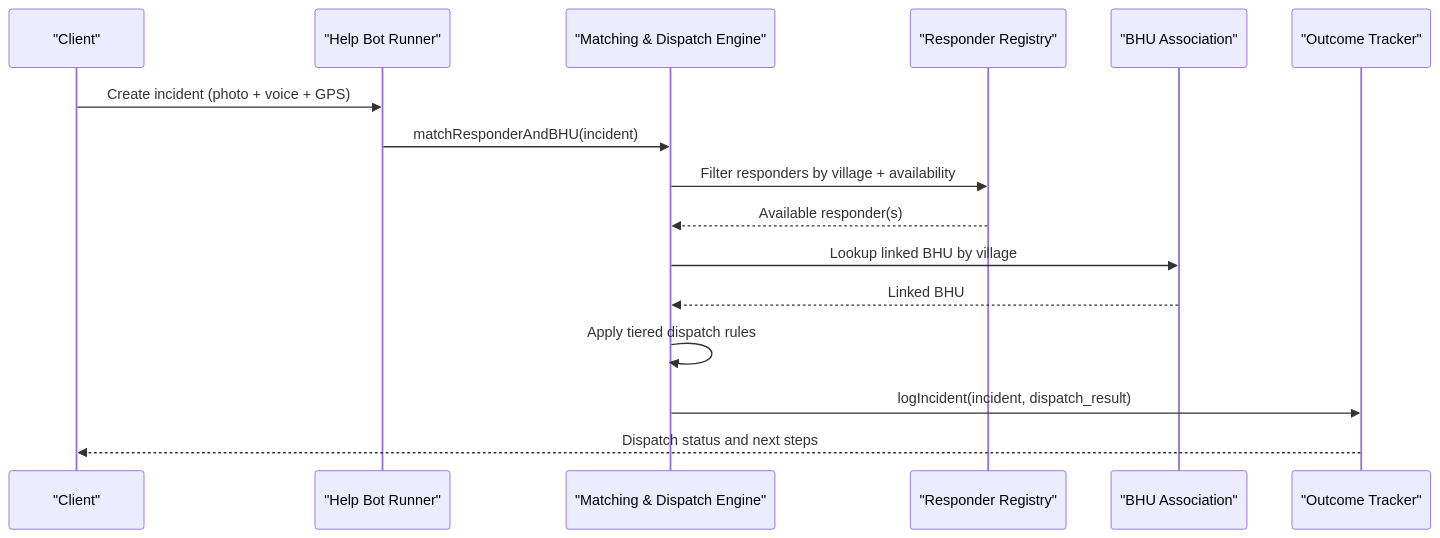
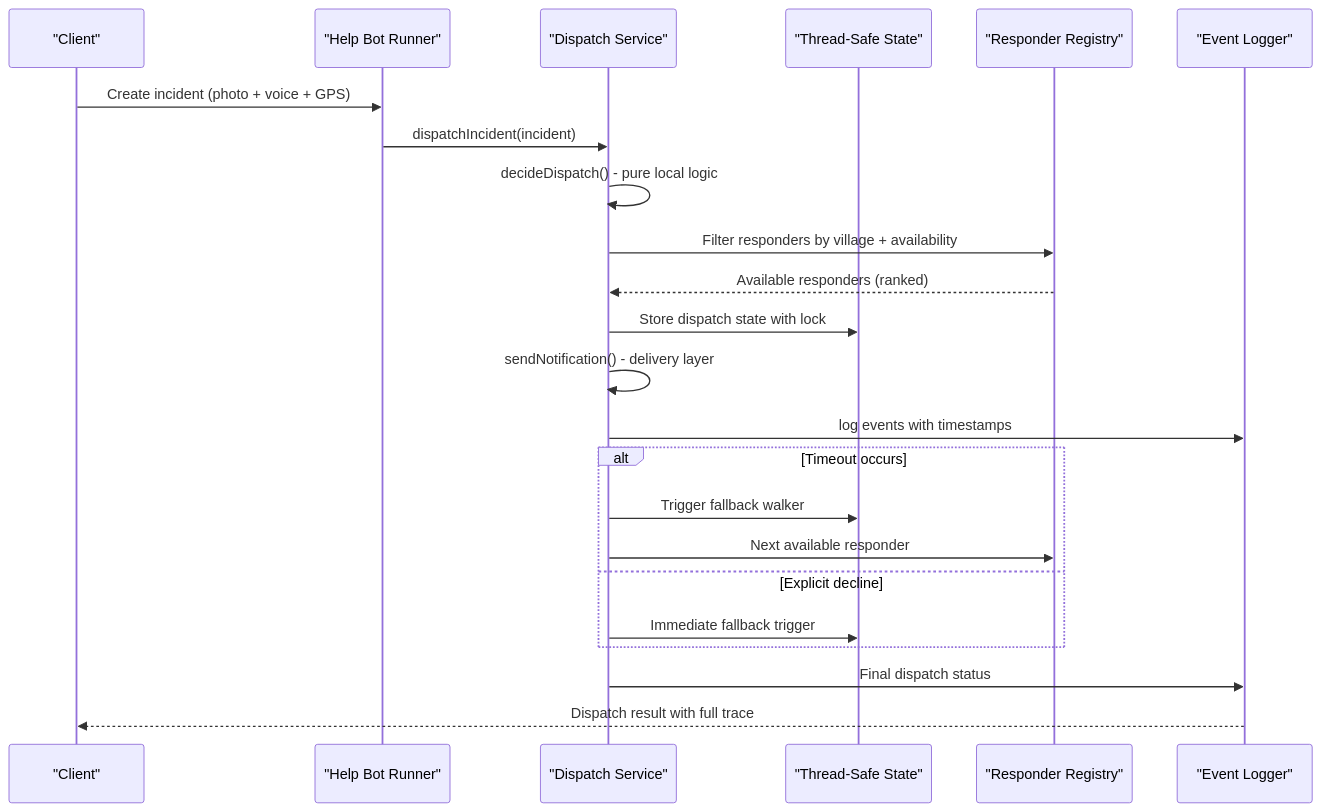
The second of 8 diagrams in .qoder/repowiki/en/content/Matching & Dispatch Engine.md (M-Rumman/LifeLine-Ride), drawn with Mermaid before and after one commit. The commit also changed other lines of this file and 46 other files, not shown here.

````diff
--- a/.qoder/repowiki/en/content/Matching & Dispatch Engine.md
+++ b/.qoder/repowiki/en/content/Matching & Dispatch Engine.md
@@ -91,18 +113,25 @@
 ```mermaid
 sequenceDiagram
 participant Client as "Client"
 participant Helper as "Help Bot Runner"
-participant Engine as "Matching & Dispatch Engine"
+participant Service as "Dispatch Service"
+participant State as "Thread-Safe State"
 participant Registry as "Responder Registry"
-participant BHU as "BHU Association"
-participant Logger as "Outcome Tracker"
+participant Logger as "Event Logger"
 Client->>Helper : Create incident (photo + voice + GPS)
-Helper->>Engine : matchResponderAndBHU(incident)
-Engine->>Registry : Filter responders by village + availability
-Registry-->>Engine : Available responder(s)
-Engine->>BHU : Lookup linked BHU by village
-BHU-->>Engine : Linked BHU
-Engine->>Engine : Apply tiered dispatch rules
-Engine->>Logger : logIncident(incident, dispatch_result)
-Logger-->>Client : Dispatch status and next steps
+Helper->>Service : dispatchIncident(incident)
+Service->>Service : decideDispatch() - pure local logic
+Service->>Registry : Filter responders by village + availability
+Registry-->>Service : Available responders (ranked)
+Service->>State : Store dispatch state with lock
+Service->>Service : sendNotification() - delivery layer
+Service->>Logger : log events with timestamps
+alt Timeout occurs
+Service->>State : Trigger fallback walker
+Service->>Registry : Next available responder
+else Explicit decline
+Service->>State : Immediate fallback trigger
+end
+Service->>Logger : Final dispatch status
+Logger-->>Client : Dispatch result with full trace
 ```
````
